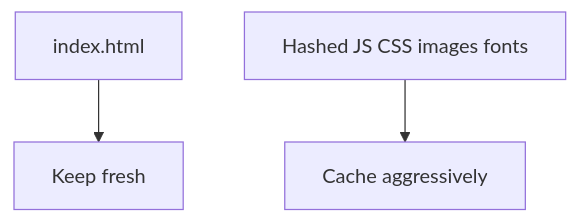
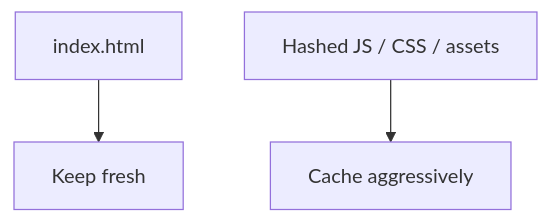
Before and after one commit to AkhilXavier95/portfolio: the third of 5 diagrams in markdown/why-hard-refresh-fixes-stale-frontend-deploys.md, drawn with Mermaid. The commit also changed other lines of this file and 3 other files, not shown here.

First line of the commit message:
Refine Mermaid diagram rendering and enhance blog styles

````diff
--- a/markdown/why-hard-refresh-fixes-stale-frontend-deploys.md
+++ b/markdown/why-hard-refresh-fixes-stale-frontend-deploys.md
@@ -89,5 +89,5 @@
 ```mermaid
 flowchart TD
     A[index.html] --> B[Keep fresh]
-    C[Hashed JS CSS images fonts] --> D[Cache aggressively]
+    C[Hashed JS / CSS / assets] --> D[Cache aggressively]
 ```
````
